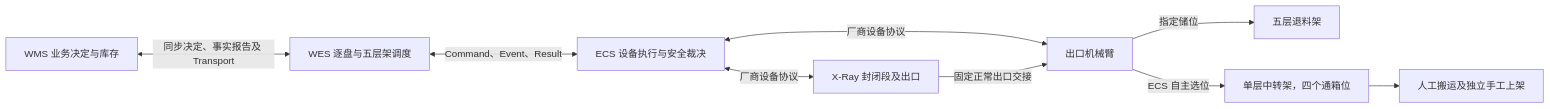
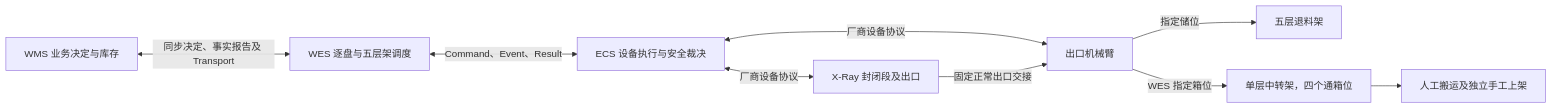
One commit to kaizhoumasha/maintenance-admin changed the second of 2 diagrams in docs/integrations/xray-api.md. Above: the diagram before and after it, drawn with Mermaid. The commit also changed other lines of this file and 53 other files, not shown here.

````diff
--- a/docs/integrations/xray-api.md
+++ b/docs/integrations/xray-api.md
@@ -79,19 +86,19 @@
 ```mermaid
 flowchart LR
     M["WMS 业务决定与库存"]
     W["WES 逐盘与五层架调度"]
     E["ECS 设备执行与安全裁决"]
     X["X-Ray 封闭段及出口"]
     A["出口机械臂"]
     R["五层退料架"]
     B["单层中转架，四个通箱位"]
     H["人工搬运及独立手工上架"]
     M <-->|"同步决定、事实报告及 Transport"| W
     W <-->|"Command、Event、Result"| E
     E <-->|"厂商设备协议"| X
     E <-->|"厂商设备协议"| A
     X -->|"固定正常出口交接"| A
     A -->|"指定储位"| R
-    A -->|"ECS 自主选位"| B
+    A -->|"WES 指定箱位"| B
     B --> H
 ```
````
